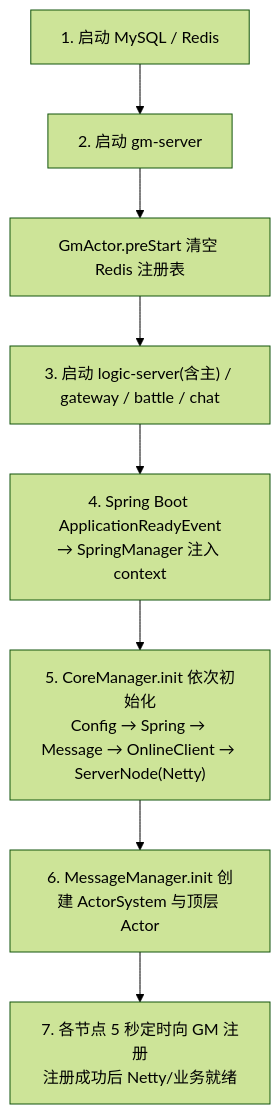
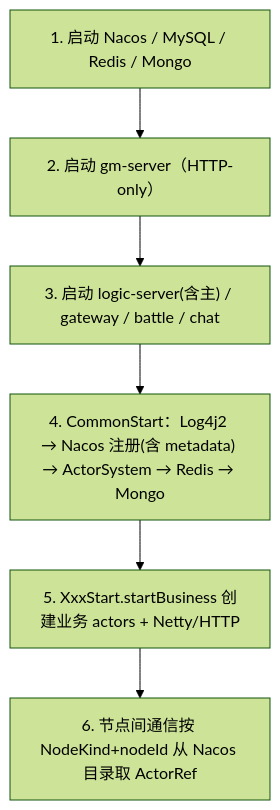
Before and after one commit to 132982jianan/JGameServer: diagram 12 of 12 in doc/document/架构设计文档.md, drawn with Mermaid (forest theme). The commit also changed other lines of this file and 9 other files, not shown here.

````diff
--- a/doc/document/架构设计文档.md
+++ b/doc/document/架构设计文档.md
@@ -520,10 +515,8 @@
 ```mermaid
 flowchart TB
-    A["1. 启动 MySQL / Redis"] --> B["2. 启动 gm-server"]
-    B --> B2["GmActor.preStart 清空 Redis 注册表"]
-    B2 --> C["3. 启动 logic-server(含主) / gateway / battle / chat"]
-    C --> D["4. Spring Boot ApplicationReadyEvent<br/>→ SpringManager 注入 context"]
-    D --> E["5. CoreManager.init 依次初始化<br/>Config → Spring → Message → OnlineClient → ServerNode(Netty)"]
-    E --> F["6. MessageManager.init 创建 ActorSystem 与顶层 Actor"]
-    F --> G["7. 各节点 5 秒定时向 GM 注册<br/>注册成功后 Netty/业务就绪"]
+    A["1. 启动 Nacos / MySQL / Redis / Mongo"] --> B["2. 启动 gm-server（HTTP-only）"]
+    B --> C["3. 启动 logic-server(含主) / gateway / battle / chat"]
+    C --> D["4. CommonStart：Log4j2 → Nacos 注册(含 metadata) → ActorSystem → Redis → Mongo"]
+    D --> E["5. XxxStart.startBusiness 创建业务 actors + Netty/HTTP"]
+    E --> F["6. 节点间通信按 NodeKind+nodeId 从 Nacos 目录取 ActorRef"]
 ```
````
